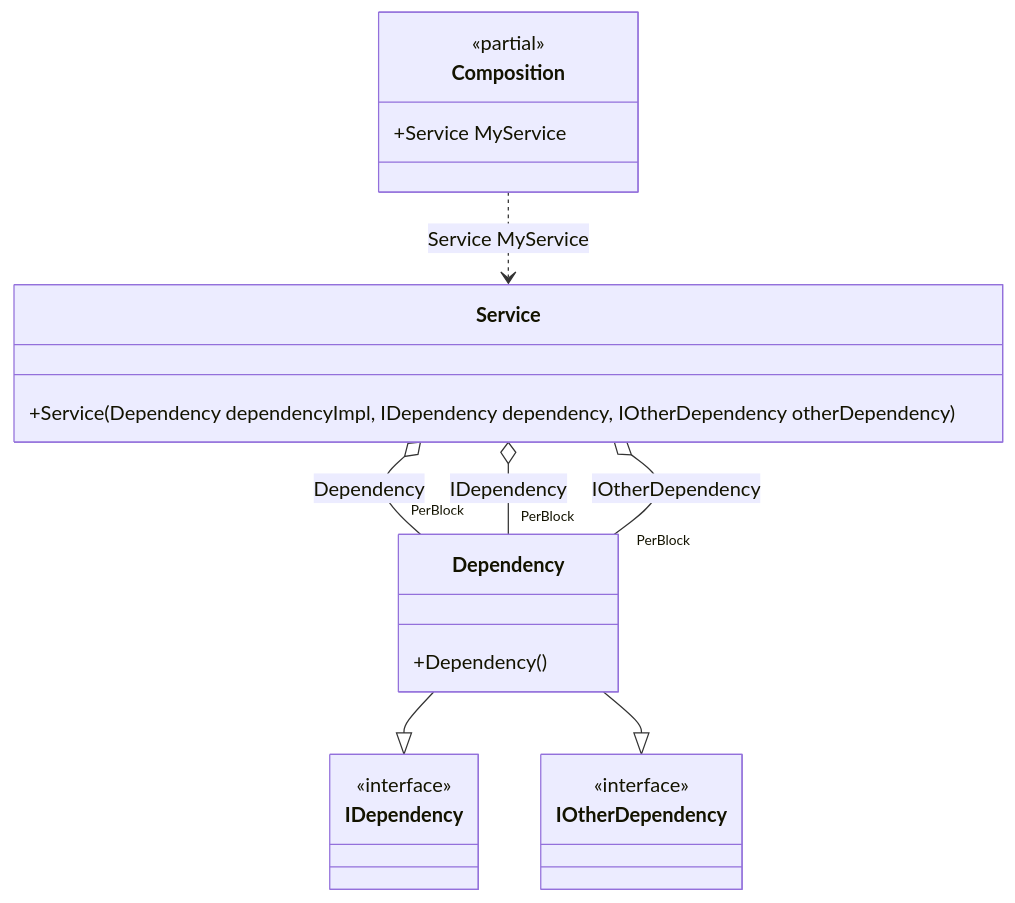
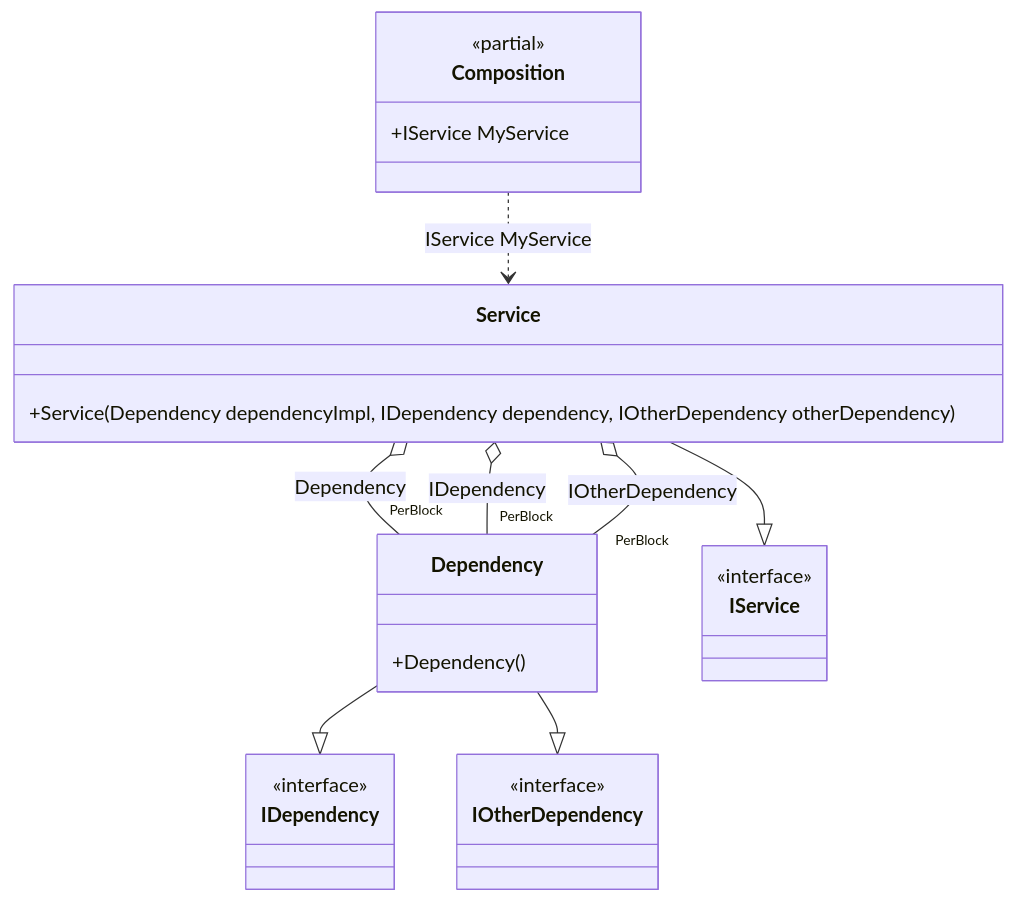
The diagram in readme/simplified-binding.md (DevTeam/Pure.DI), drawn with Mermaid before and after one commit. The commit also changed other lines of this file and 50 other files, not shown here.

````diff
--- a/readme/simplified-binding.md
+++ b/readme/simplified-binding.md
@@ -87,25 +91,29 @@
 ```mermaid
 classDiagram
 	class Composition {
 		<<partial>>
-		+Service MyService
-	}
-	class Service {
-		+Service(Dependency dependencyImpl, IDependency dependency, IOtherDependency otherDependency)
+		+IService MyService
 	}
 	Dependency --|> IDependency
 	Dependency --|> IOtherDependency
 	class Dependency {
 		+Dependency()
+	}
+	Service --|> IService
+	class Service {
+		+Service(Dependency dependencyImpl, IDependency dependency, IOtherDependency otherDependency)
 	}
 	class IDependency {
 		<<interface>>
 	}
 	class IOtherDependency {
 		<<interface>>
 	}
+	class IService {
+		<<interface>>
+	}
 	Service o-- "PerBlock" Dependency : Dependency
 	Service o-- "PerBlock" Dependency : IDependency
 	Service o-- "PerBlock" Dependency : IOtherDependency
-	Composition ..> Service : Service MyService
+	Composition ..> Service : IService MyService
 ```
````
